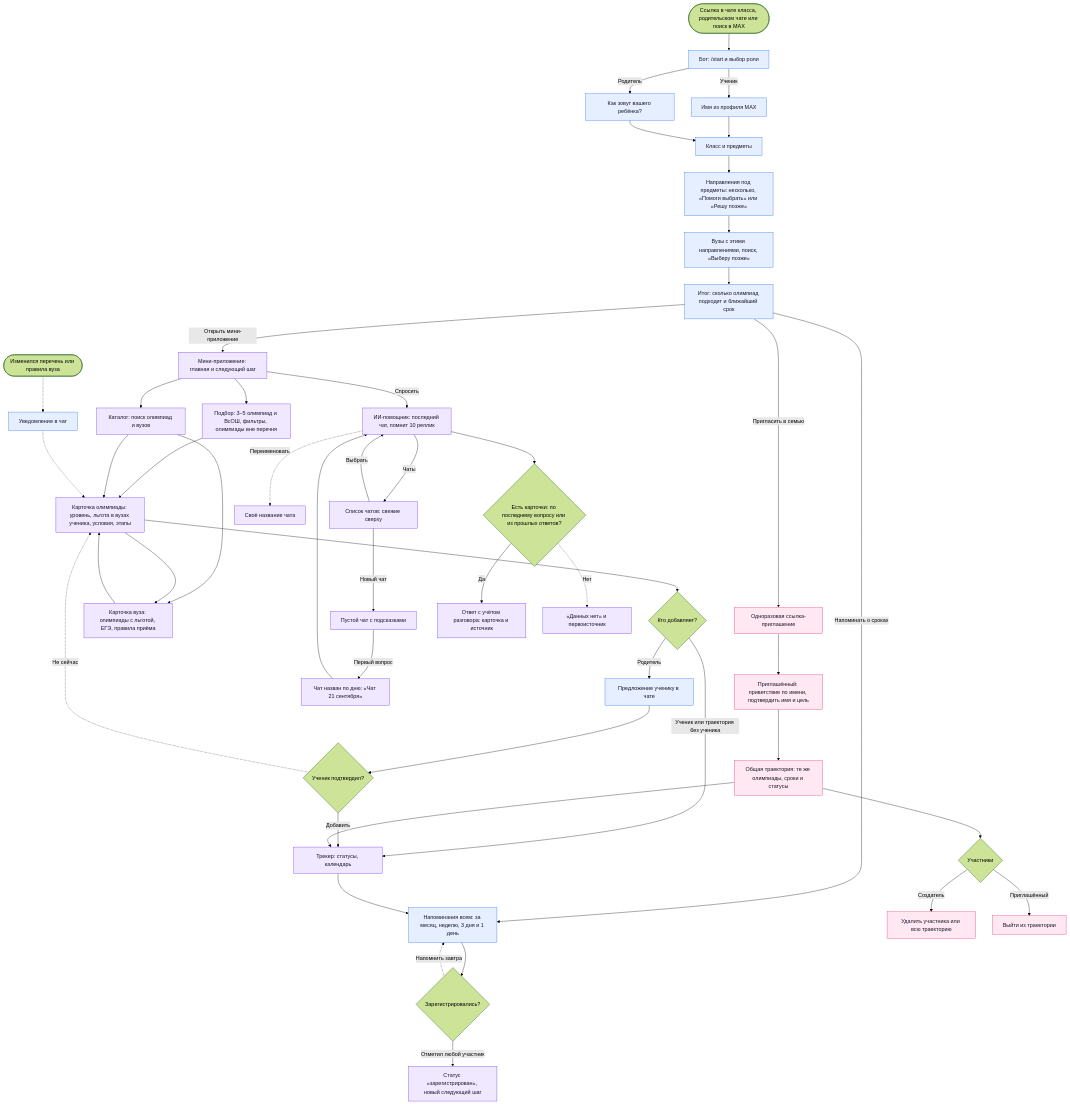
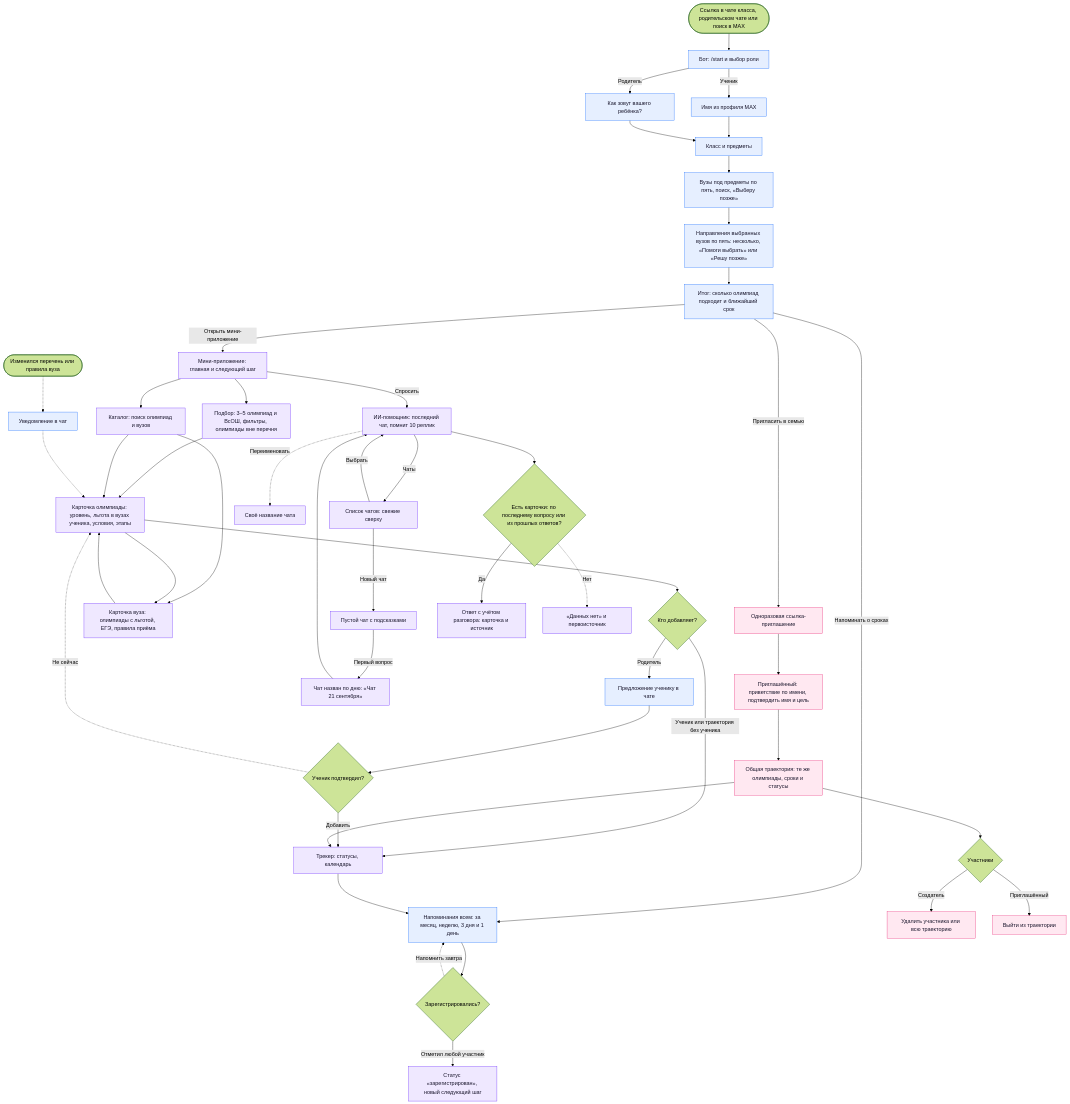
Before and after one commit to ArthurBabkin/max-hackathon: the diagram in docs/юзер флоу диаграмма.mermaid, drawn with Mermaid (forest theme). The commit also changed 13 other files, not shown here.

First line of the commit message:
feat(bot): вузы раньше направлений, оба списка по пять с «Показать ещё»

```diff
--- a/docs/юзер флоу диаграмма.mermaid
+++ b/docs/юзер флоу диаграмма.mermaid
@@ -1,53 +1,53 @@
 flowchart TD
   A(["Ссылка в чате класса, родительском чате или поиск в MAX"]) --> B["Бот: /start и выбор роли"]
   B -->|"Ученик"| N1["Имя из профиля MAX"]
   B -->|"Родитель"| N2["Как зовут вашего ребёнка?"]
   N1 --> Q["Класс и предметы"]
   N2 --> Q
-  Q --> G1["Направления под предметы: несколько, «Помоги выбрать» или «Решу позже»"]
-  G1 --> V["Вузы с этими направлениями, поиск, «Выберу позже»"]
-  V --> R["Итог: сколько олимпиад подходит и ближайший срок"]
+  Q --> V["Вузы под предметы по пять, поиск, «Выберу позже»"]
+  V --> G1["Направления выбранных вузов по пять: несколько, «Помоги выбрать» или «Решу позже»"]
+  G1 --> R["Итог: сколько олимпиад подходит и ближайший срок"]
   R -->|"Открыть мини-приложение"| H["Мини-приложение: главная и следующий шаг"]
   R -->|"Напоминать о сроках"| REM
   R -->|"Пригласить в семью"| INV
   H --> SEL["Подбор: 3–5 олимпиад и ВсОШ, фильтры, олимпиады вне перечня"]
   H --> CAT["Каталог: поиск олимпиад и вузов"]
   SEL --> OC["Карточка олимпиады: уровень, льгота в вузах ученика, условия, этапы"]
   CAT --> OC
   CAT --> VC["Карточка вуза: олимпиады с льготой, ЕГЭ, правила приёма"]
   OC --> VC
   VC --> OC
   OC --> WHO{"Кто добавляет?"}
   WHO -->|"Ученик или траектория без ученика"| TR["Трекер: статусы, календарь"]
   WHO -->|"Родитель"| PR["Предложение ученику в чате"]
   PR --> CF{"Ученик подтвердил?"}
   CF -->|"Добавить"| TR
   CF -.->|"Не сейчас"| OC
   TR --> REM["Напоминания всем: за месяц, неделю, 3 дня и 1 день"]
   REM --> RG{"Зарегистрировались?"}
   RG -->|"Отметил любой участник"| DONE["Статус «зарегистрирован», новый следующий шаг"]
   RG -.->|"Напомнить завтра"| REM
   H -->|"Спросить"| AI["ИИ-помощник: последний чат, помнит 10 реплик"]
   AI -->|"Чаты"| AIL["Список чатов: свежие сверху"]
   AIL -->|"Выбрать"| AI
   AIL -->|"Новый чат"| AIE["Пустой чат с подсказками"]
   AIE -->|"Первый вопрос"| AIT["Чат назван по дню: «Чат 21 сентября»"]
   AIT --> AI
   AI -.->|"Переименовать"| AIR["Своё название чата"]
   AI --> AIQ{"Есть карточки: по последнему вопросу или из прошлых ответов?"}
   AIQ -->|"Да"| AIA["Ответ с учётом разговора: карточка и источник"]
   AIQ -.->|"Нет"| AIN["«Данных нет» и первоисточник"]
   INV["Одноразовая ссылка-приглашение"] --> J["Приглашённый: приветствие по имени, подтвердить имя и цель"]
   J --> SH["Общая траектория: те же олимпиады, сроки и статусы"]
   SH --> TR
   SH --> M{"Участники"}
   M -->|"Создатель"| DEL["Удалить участника или всю траекторию"]
   M -->|"Приглашённый"| OUT["Выйти из траектории"]
   UPD(["Изменился перечень или правила вуза"]) -.-> NT["Уведомление в чат"]
   NT -.-> OC
   classDef chat fill:#E6EFFF,stroke:#1A6DFF,color:#17142A
   classDef app fill:#EFE8FF,stroke:#6B2BFF,color:#17142A
   classDef fam fill:#FFE8F1,stroke:#E92E78,color:#17142A
   class B,N1,N2,Q,G1,G2,V,R,REM,PR,NT chat
   class H,SEL,CAT,OC,VC,TR,DONE,AI,AIL,AIE,AIT,AIR,AIA,AIN app
   class INV,J,SH,DEL,OUT fam
```
